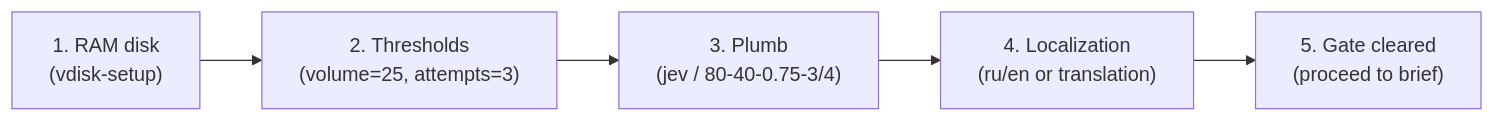
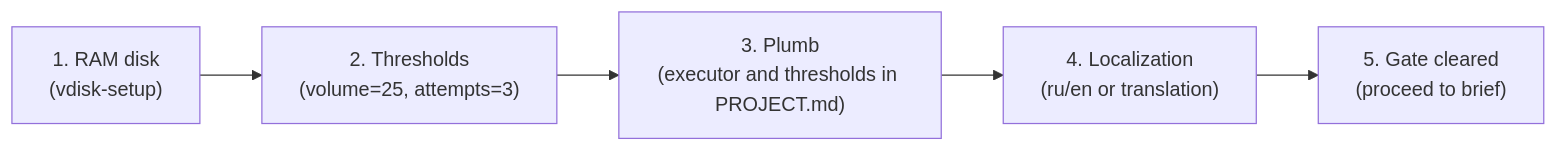
Before and after one commit to FormaMindPro/formamind: the second of 2 diagrams in skills/forma/core/manual/en/03-protocol/FUNCTIONS.md, drawn with Mermaid. The commit also changed other lines of this file and 58 other files, not shown here.

````diff
--- a/skills/forma/core/manual/en/03-protocol/FUNCTIONS.md
+++ b/skills/forma/core/manual/en/03-protocol/FUNCTIONS.md
@@ -77,7 +77,7 @@
 ```mermaid
 flowchart LR
     S1["1. RAM disk<br/>(vdisk-setup)"] --> S2["2. Thresholds<br/>(volume=25, attempts=3)"]
-    S2 --> S3["3. Plumb<br/>(jev / 80-40-0.75-3/4)"]
+    S2 --> S3["3. Plumb<br/>(executor and thresholds in PROJECT.md)"]
     S3 --> S4["4. Localization<br/>(ru/en or translation)"]
     S4 --> S5["5. Gate cleared<br/>(proceed to brief)"]
 ```
````
